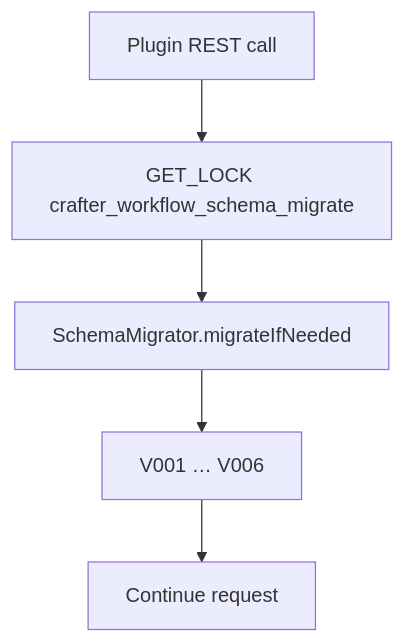
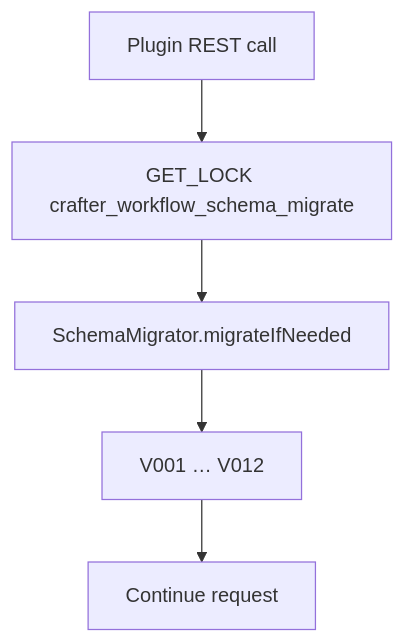
The third of 3 diagrams in docs/DATABASE_SCHEMA.md (russdanner/plugin-studio-workflow), drawn with Mermaid before and after one commit. The commit also changed other lines of this file and 58 other files, not shown here.

````diff
--- a/docs/DATABASE_SCHEMA.md
+++ b/docs/DATABASE_SCHEMA.md
@@ -294,7 +313,7 @@
 ```mermaid
 flowchart TB
     API[Plugin REST call] --> LOCK[GET_LOCK crafter_workflow_schema_migrate]
     LOCK --> MIG[SchemaMigrator.migrateIfNeeded]
-    MIG --> V1[V001 … V006]
+    MIG --> V1[V001 … V012]
     V1 --> RUN[Continue request]
 ```
````
